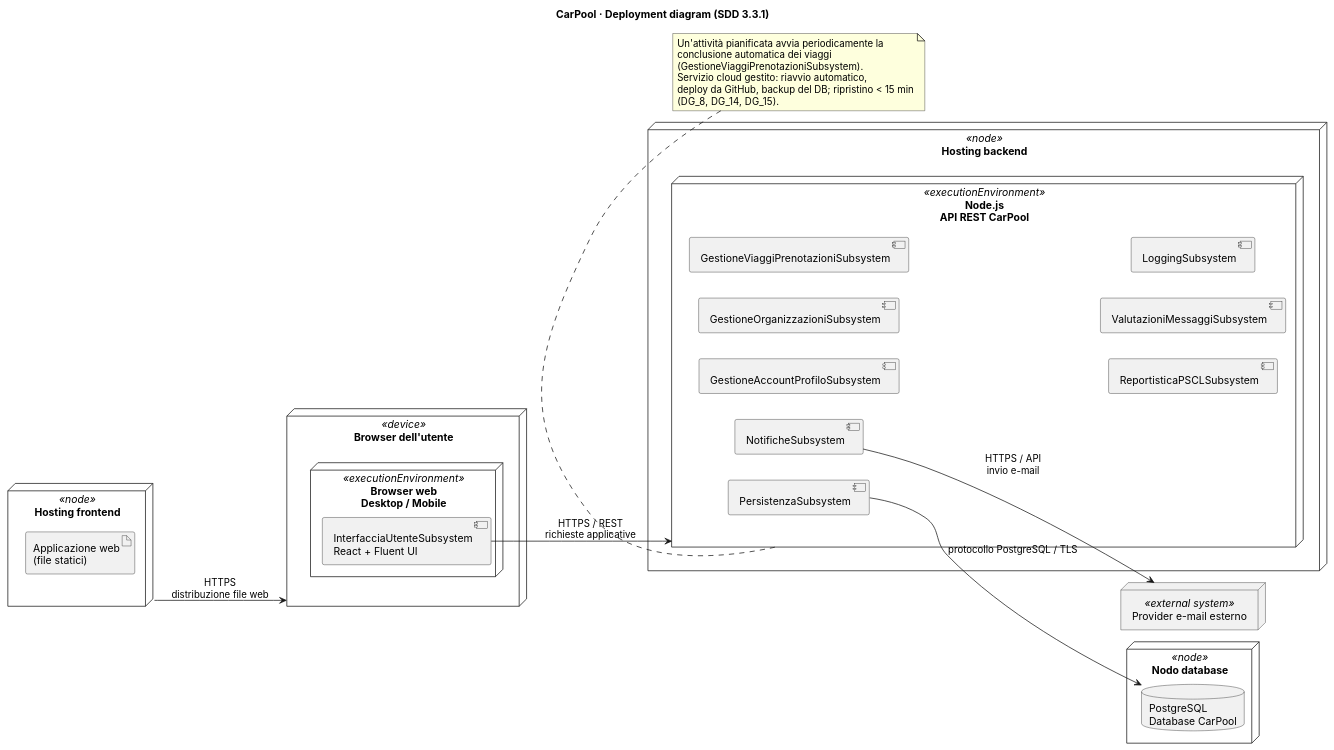
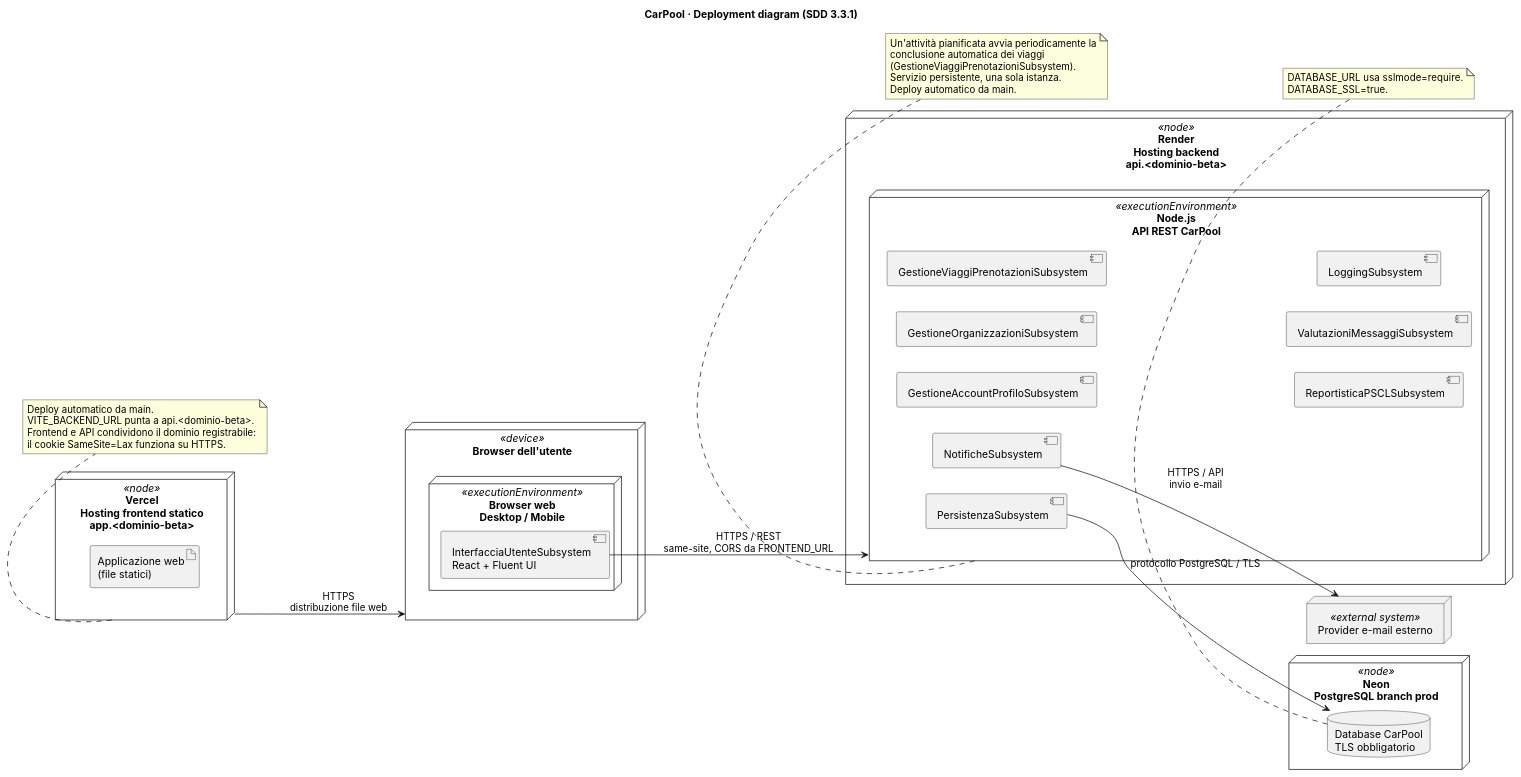
Before and after one commit to CarPool-C03/CarPool: the diagram in docs/sdd/deployment.puml, drawn with PlantUML. The commit also changed 14 other files, not shown here.

Commit message:
C03-69: prepara beta HTTPS

```diff
--- a/docs/sdd/deployment.puml
+++ b/docs/sdd/deployment.puml
@@ -1,51 +1,62 @@
 @startuml SDD_Deployment
 ' CarPool · SDD 3.3.1 — Deployment diagram
 ' Trascrizione di C03_SDD_V_0.1.0. Va controllata dagli autori dell'SDD.
 skinparam shadowing false
 skinparam defaultFontName Inter
 left to right direction
 title CarPool · Deployment diagram (SDD 3.3.1)
 
-node "Hosting frontend" as HF <<node>> {
+node "Vercel\nHosting frontend statico\napp.<dominio-beta>" as HF <<node>> {
   artifact "Applicazione web\n(file statici)" as WEB
 }
 
 node "Browser dell'utente" as BR <<device>> {
   node "Browser web\nDesktop / Mobile" as BWE <<executionEnvironment>> {
     component "InterfacciaUtenteSubsystem\nReact + Fluent UI" as UI
   }
 }
 
-node "Hosting backend" as HB <<node>> {
+node "Render\nHosting backend\napi.<dominio-beta>" as HB <<node>> {
   node "Node.js\nAPI REST CarPool" as NODE <<executionEnvironment>> {
     component GestioneAccountProfiloSubsystem
     component GestioneOrganizzazioniSubsystem
     component GestioneViaggiPrenotazioniSubsystem
     component ReportisticaPSCLSubsystem
     component ValutazioniMessaggiSubsystem
     component NotificheSubsystem as NOT
     component PersistenzaSubsystem as PER
     component LoggingSubsystem
   }
 }
 
-node "Nodo database" as DBN <<node>> {
-  database "PostgreSQL\nDatabase CarPool" as DB
+node "Neon\nPostgreSQL branch prod" as DBN <<node>> {
+  database "Database CarPool\nTLS obbligatorio" as DB
 }
 
 node "Provider e-mail esterno" as MAIL <<external system>>
 
 HF --> BR : HTTPS\ndistribuzione file web
-UI --> NODE : HTTPS / REST\nrichieste applicative
+UI --> NODE : HTTPS / REST\nsame-site, CORS da FRONTEND_URL
 PER --> DB : protocollo PostgreSQL / TLS
 NOT --> MAIL : HTTPS / API\ninvio e-mail
 
 note bottom of NODE
   Un'attività pianificata avvia periodicamente la
   conclusione automatica dei viaggi
   (GestioneViaggiPrenotazioniSubsystem).
-  Servizio cloud gestito: riavvio automatico,
-  deploy da GitHub, backup del DB; ripristino < 15 min
-  (DG_8, DG_14, DG_15).
+  Servizio persistente, una sola istanza.
+  Deploy automatico da main.
+end note
+
+note bottom of HF
+  Deploy automatico da main.
+  VITE_BACKEND_URL punta a api.<dominio-beta>.
+  Frontend e API condividono il dominio registrabile:
+  il cookie SameSite=Lax funziona su HTTPS.
+end note
+
+note bottom of DB
+  DATABASE_URL usa sslmode=require.
+  DATABASE_SSL=true.
 end note
 @enduml
```
